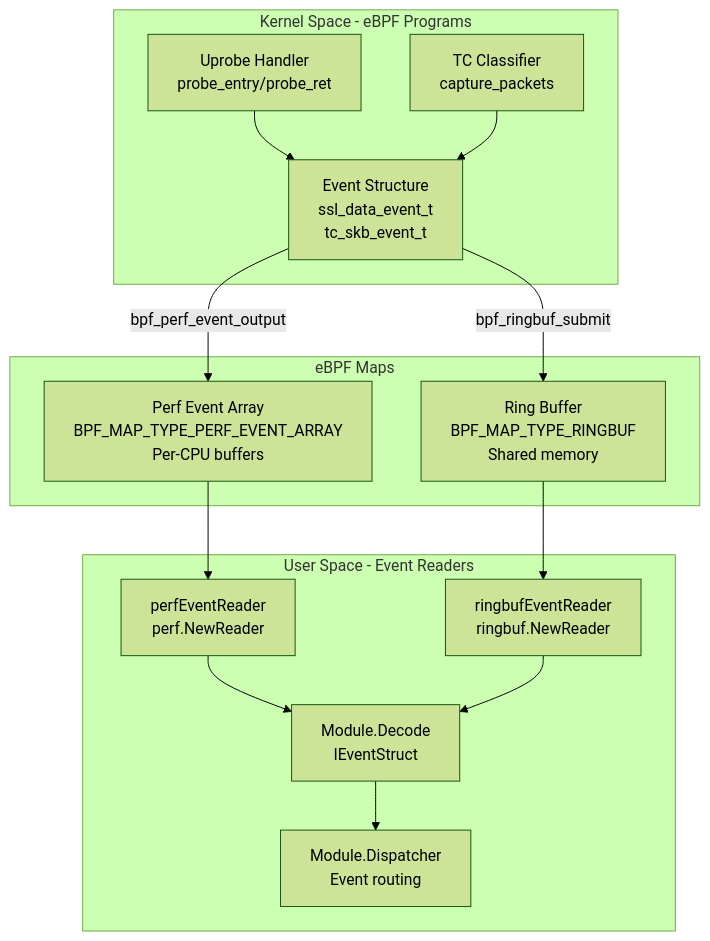
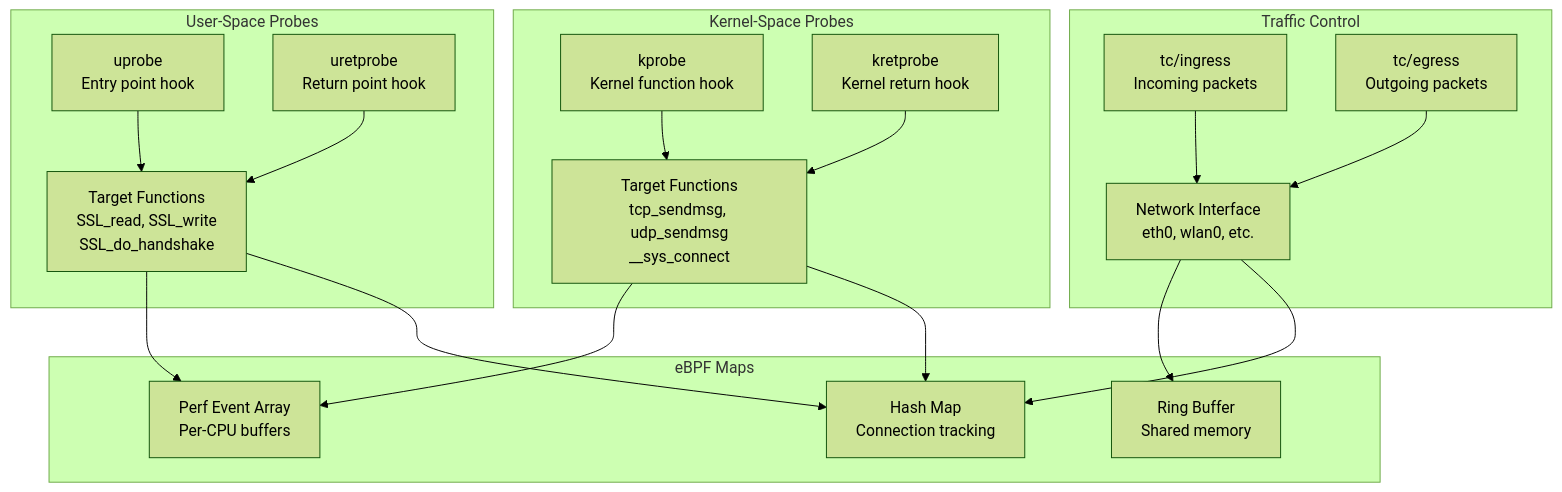
One commit to gojue/ecapture.cc changed the seventh of 11 diagrams in src/en/2-architecture/2.1-ebpf-engine.md. Above: the diagram before and after it, drawn with Mermaid (forest theme). The commit also changed other lines of this file and 70 other files, not shown here.

Commit message:
feat: update sidebar and navigation links for architecture and shell command auditing sections

````diff
--- a/src/en/2-architecture/2.1-ebpf-engine.md
+++ b/src/en/2-architecture/2.1-ebpf-engine.md
@@ -463,32 +336,46 @@
 ```mermaid
 graph TB
-    subgraph "Kernel Space - eBPF Programs"
-        UPROBE["Uprobe Handler<br/>probe_entry/probe_ret"]
-        TC["TC Classifier<br/>capture_packets"]
-        EVENT["Event Structure<br/>ssl_data_event_t<br/>tc_skb_event_t"]
+    subgraph "User-Space Probes"
+        Uprobe[uprobe<br/>Entry point hook]
+        Uretprobe[uretprobe<br/>Return point hook]
+        
+        UprobeTarget[Target Functions<br/>SSL_read, SSL_write<br/>SSL_do_handshake]
+        
+        Uprobe --> UprobeTarget
+        Uretprobe --> UprobeTarget
+    end
+    
+    subgraph "Kernel-Space Probes"
+        Kprobe[kprobe<br/>Kernel function hook]
+        Kretprobe[kretprobe<br/>Kernel return hook]
+        
+        KprobeTarget[Target Functions<br/>tcp_sendmsg, udp_sendmsg<br/>__sys_connect]
+        
+        Kprobe --> KprobeTarget
+        Kretprobe --> KprobeTarget
+    end
+    
+    subgraph "Traffic Control"
+        TCIngress[tc/ingress<br/>Incoming packets]
+        TCEgress[tc/egress<br/>Outgoing packets]
+        
+        TCTarget[Network Interface<br/>eth0, wlan0, etc.]
+        
+        TCIngress --> TCTarget
+        TCEgress --> TCTarget
     end
     
     subgraph "eBPF Maps"
-        PERF["Perf Event Array<br/>BPF_MAP_TYPE_PERF_EVENT_ARRAY<br/>Per-CPU buffers"]
-        RING["Ring Buffer<br/>BPF_MAP_TYPE_RINGBUF<br/>Shared memory"]
+        PerfEvent[Perf Event Array<br/>Per-CPU buffers]
+        RingBuffer[Ring Buffer<br/>Shared memory]
+        HashMap[Hash Map<br/>Connection tracking]
     end
     
-    subgraph "User Space - Event Readers"
-        PERF_RD["perfEventReader<br/>perf.NewReader"]
-        RING_RD["ringbufEventReader<br/>ringbuf.NewReader"]
-        DECODE["Module.Decode<br/>IEventStruct"]
-        DISPATCH["Module.Dispatcher<br/>Event routing"]
-    end
+    UprobeTarget --> PerfEvent
+    KprobeTarget --> PerfEvent
+    TCTarget --> RingBuffer
     
-    UPROBE --> EVENT
-    TC --> EVENT
-    EVENT -->|"bpf_perf_event_output"| PERF
-    EVENT -->|"bpf_ringbuf_submit"| RING
-    
-    PERF --> PERF_RD
-    RING --> RING_RD
-    
-    PERF_RD --> DECODE
-    RING_RD --> DECODE
-    DECODE --> DISPATCH
+    UprobeTarget --> HashMap
+    KprobeTarget --> HashMap
+    TCTarget --> HashMap
 ```
````
